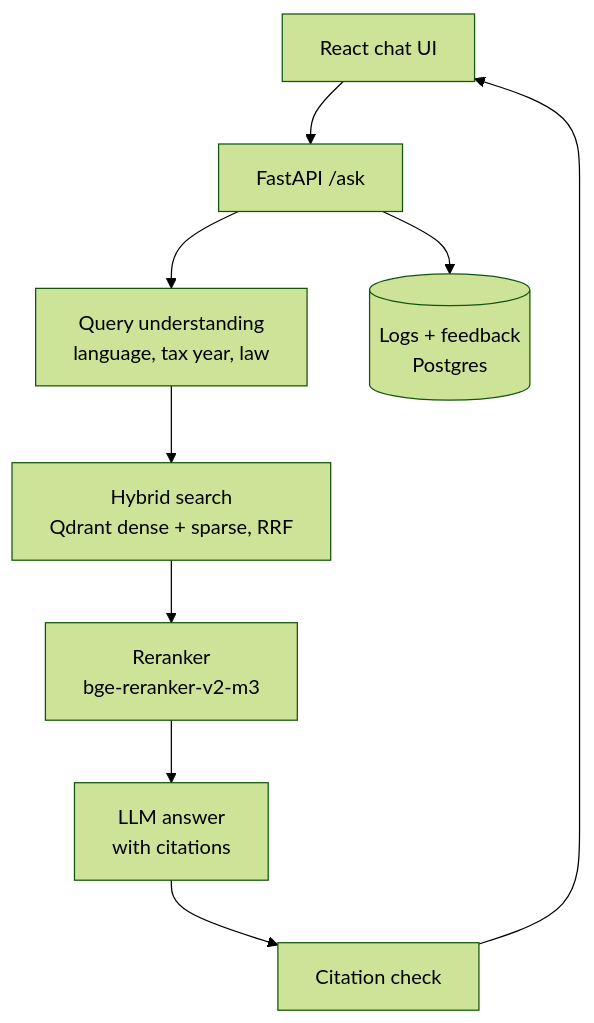
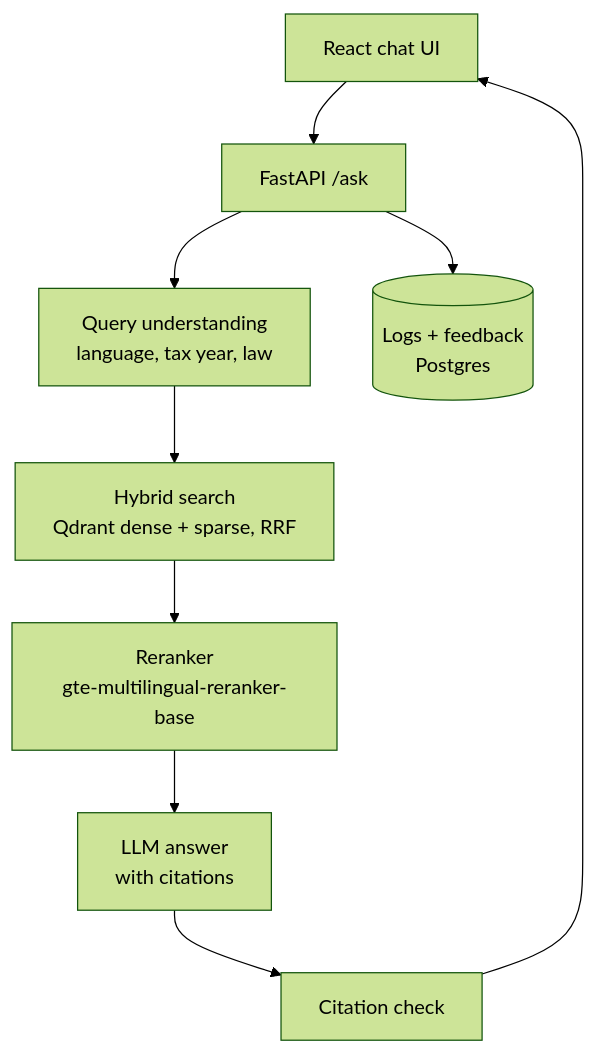
Before and after one commit to hamzabilal000/mahsool.ai: the second of 2 diagrams in README.md, drawn with Mermaid (forest theme). The commit also changed other lines of this file and 1 other file, not shown here.

Commit message:
docs: reranker choice (D62), live ATL finding (D63), README numbers

````diff
--- a/README.md
+++ b/README.md
@@ -39,11 +39,11 @@
 ```mermaid
 flowchart TD
   U[React chat UI] --> API[FastAPI /ask]
   API --> Q[Query understanding<br/>language, tax year, law]
   Q --> R[Hybrid search<br/>Qdrant dense + sparse, RRF]
-  R --> RR[Reranker<br/>bge-reranker-v2-m3]
+  R --> RR[Reranker<br/>gte-multilingual-reranker-base]
   RR --> G[LLM answer<br/>with citations]
   G --> V[Citation check]
   V --> U
   API --> L[(Logs + feedback<br/>Postgres)]
 ```
````
